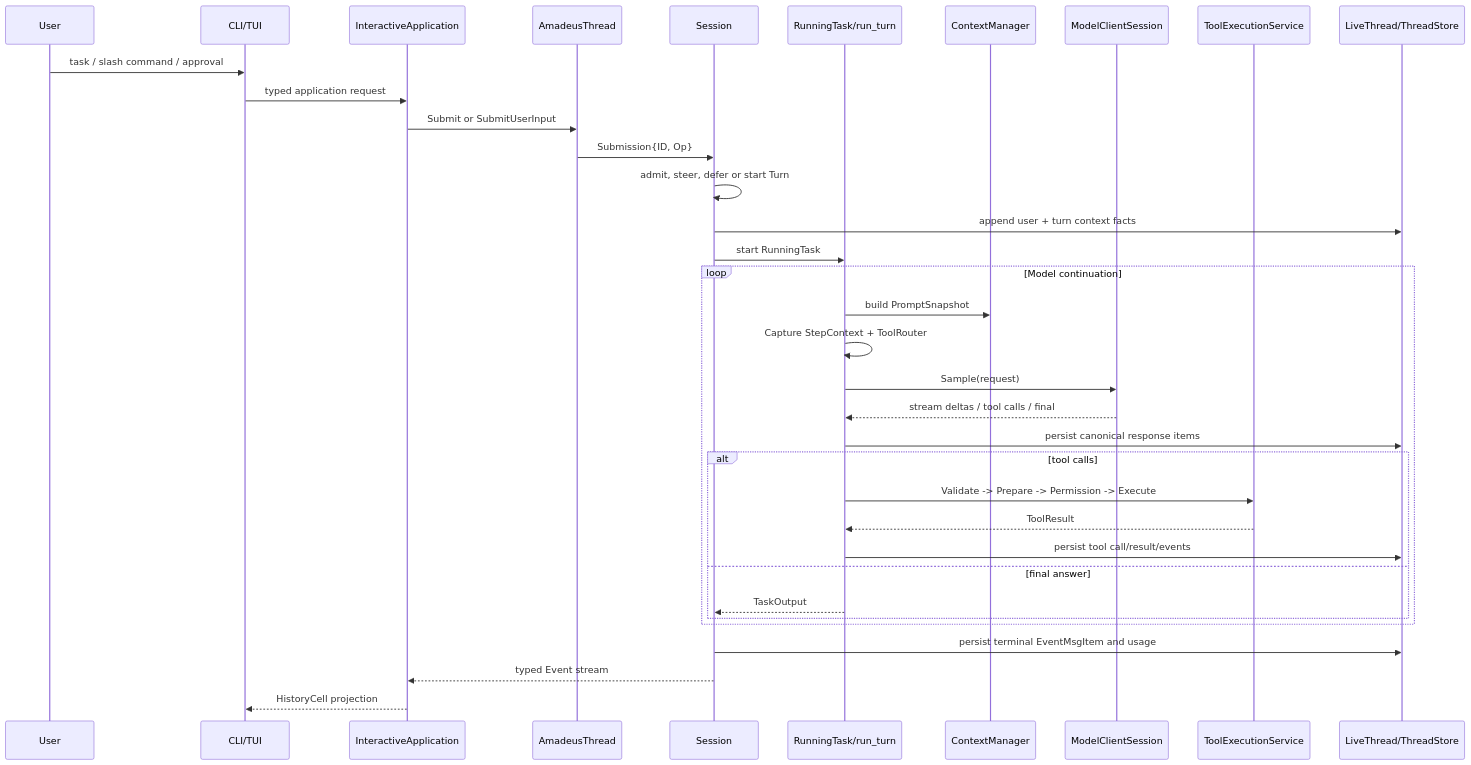
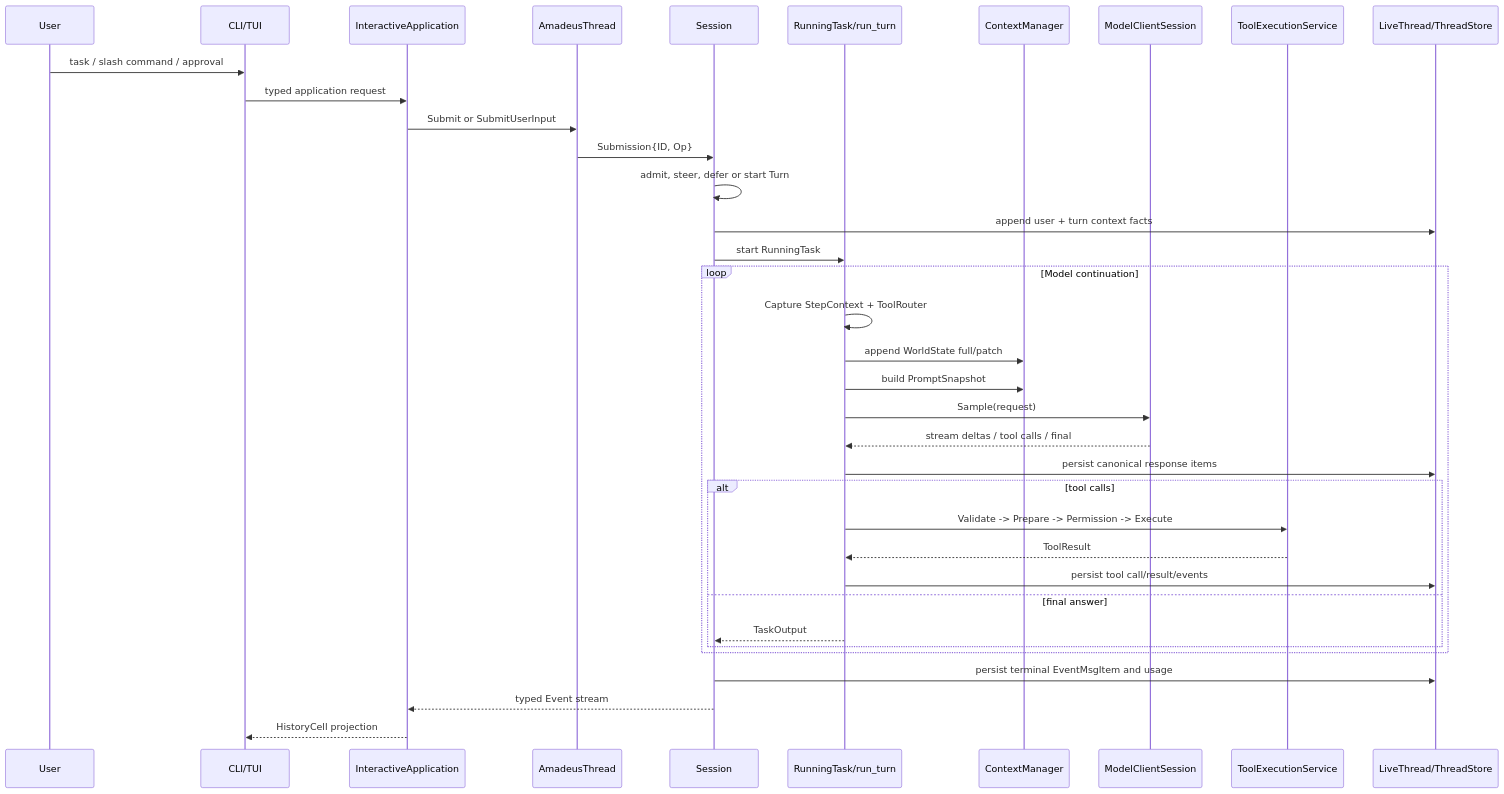
Before and after one commit to Godric-W/Amadeus: the third of 23 diagrams in docs/architecture-whitepaper.md, drawn with Mermaid. The commit also changed other lines of this file and 140 other files, not shown here.

````diff
--- a/docs/architecture-whitepaper.md
+++ b/docs/architecture-whitepaper.md
@@ -187,38 +187,39 @@
 ```mermaid
 sequenceDiagram
     participant U as User
     participant UI as CLI/TUI
     participant APP as InteractiveApplication
     participant TH as AmadeusThread
     participant S as Session
     participant R as RunningTask/run_turn
     participant C as ContextManager
     participant M as ModelClientSession
     participant T as ToolExecutionService
     participant L as LiveThread/ThreadStore
 
     U->>UI: task / slash command / approval
     UI->>APP: typed application request
     APP->>TH: Submit or SubmitUserInput
     TH->>S: Submission{ID, Op}
     S->>S: admit, steer, defer or start Turn
     S->>L: append user + turn context facts
     S->>R: start RunningTask
     loop Model continuation
+        R->>R: Capture StepContext + ToolRouter
+        R->>C: append WorldState full/patch
         R->>C: build PromptSnapshot
-        R->>R: Capture StepContext + ToolRouter
         R->>M: Sample(request)
         M-->>R: stream deltas / tool calls / final
         R->>L: persist canonical response items
         alt tool calls
             R->>T: Validate -> Prepare -> Permission -> Execute
             T-->>R: ToolResult
             R->>L: persist tool call/result/events
         else final answer
             R-->>S: TaskOutput
         end
     end
     S->>L: persist terminal EventMsgItem and usage
     S-->>APP: typed Event stream
     APP-->>UI: HistoryCell projection
 ```
````
